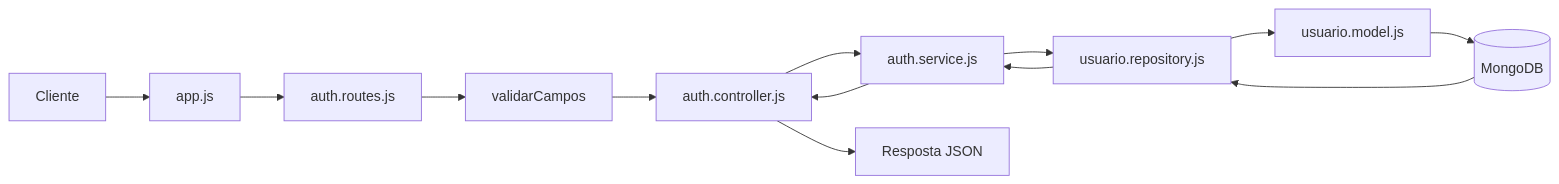
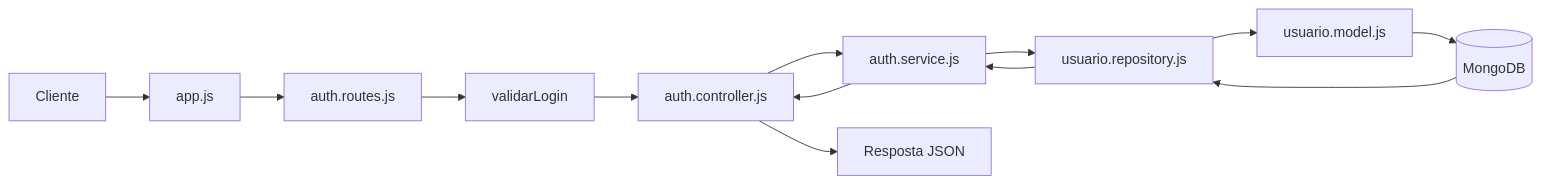
One commit to nicolassmotta/boilerplate-lions-dev changed the diagram in README.md. Above: the diagram before and after it, drawn with Mermaid. The commit also changed other lines of this file and 3 other files, not shown here.

First line of the commit message:
docs: clarify authentication flow

````diff
--- a/README.md
+++ b/README.md
@@ -233,15 +233,15 @@
 ```mermaid
 flowchart LR
   A[Cliente] --> B[app.js]
   B --> C[auth.routes.js]
-  C --> D[validarCampos]
+  C --> D[validarLogin]
   D --> E[auth.controller.js]
   E --> F[auth.service.js]
   F --> G[usuario.repository.js]
   G --> H[usuario.model.js]
   H --> I[(MongoDB)]
   I --> G
   G --> F
   F --> E
   E --> J[Resposta JSON]
 ```
````
